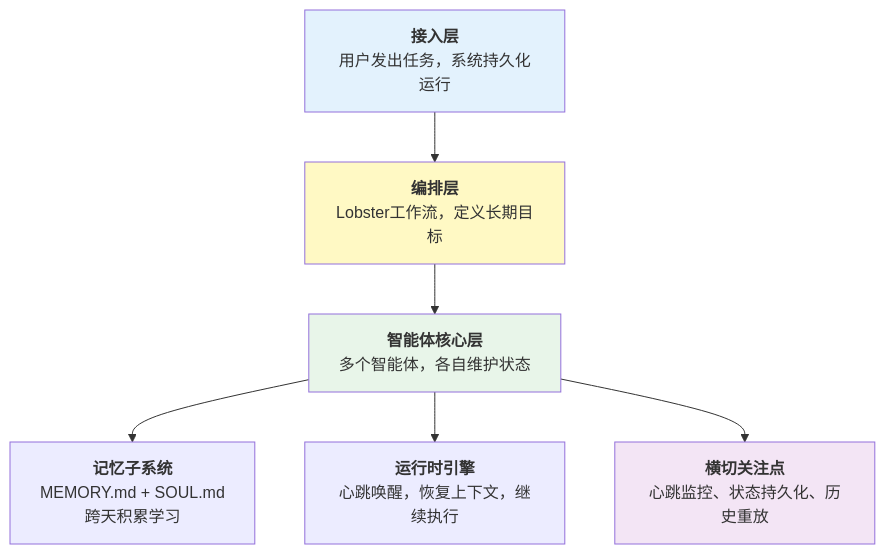
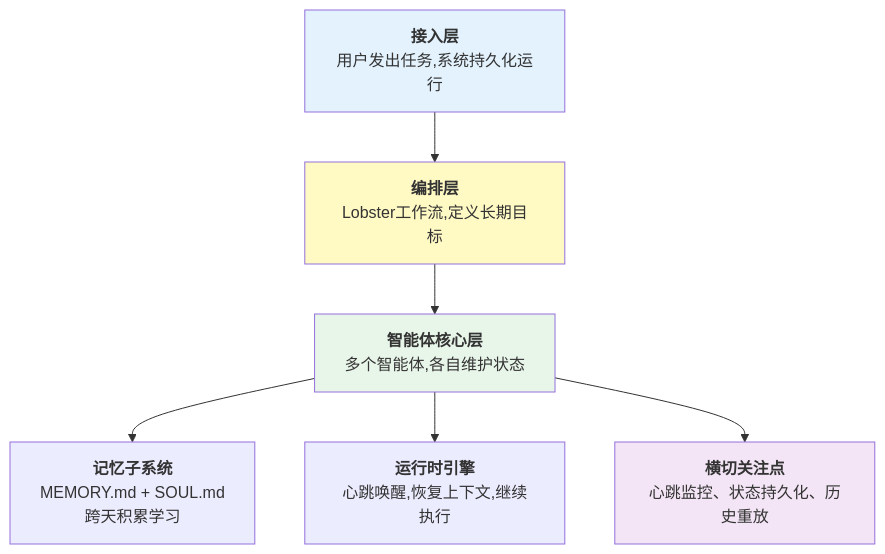
The fifth of 5 diagrams in 02_architecture/2.1_reference_architecture.md (yeasy/harness_engineering_guide), drawn with Mermaid before and after one commit. The commit also changed other lines of this file and 94 other files, not shown here.

````diff
--- a/02_architecture/2.1_reference_architecture.md
+++ b/02_architecture/2.1_reference_architecture.md
@@ -427,13 +427,13 @@
 ```mermaid
 flowchart TD
-    A["<b>接入层</b><br/>用户发出任务，系统持久化运行"] --> B["<b>编排层</b><br/>Lobster工作流，定义长期目标"]
-    B --> C["<b>智能体核心层</b><br/>多个智能体，各自维护状态"]
+    A["<b>接入层</b><br/>用户发出任务,系统持久化运行"] --> B["<b>编排层</b><br/>Lobster工作流,定义长期目标"]
+    B --> C["<b>智能体核心层</b><br/>多个智能体,各自维护状态"]
     C --> D["<b>记忆子系统</b><br/>MEMORY.md + SOUL.md<br/>跨天积累学习"]
-    C --> E["<b>运行时引擎</b><br/>心跳唤醒，恢复上下文，继续执行"]
+    C --> E["<b>运行时引擎</b><br/>心跳唤醒,恢复上下文,继续执行"]
     C --> F["<b>横切关注点</b><br/>心跳监控、状态持久化、历史重放"]
 
     style A fill:#e3f2fd
     style B fill:#fff9c4
     style C fill:#e8f5e9
     style F fill:#f3e5f5
 ```
````
